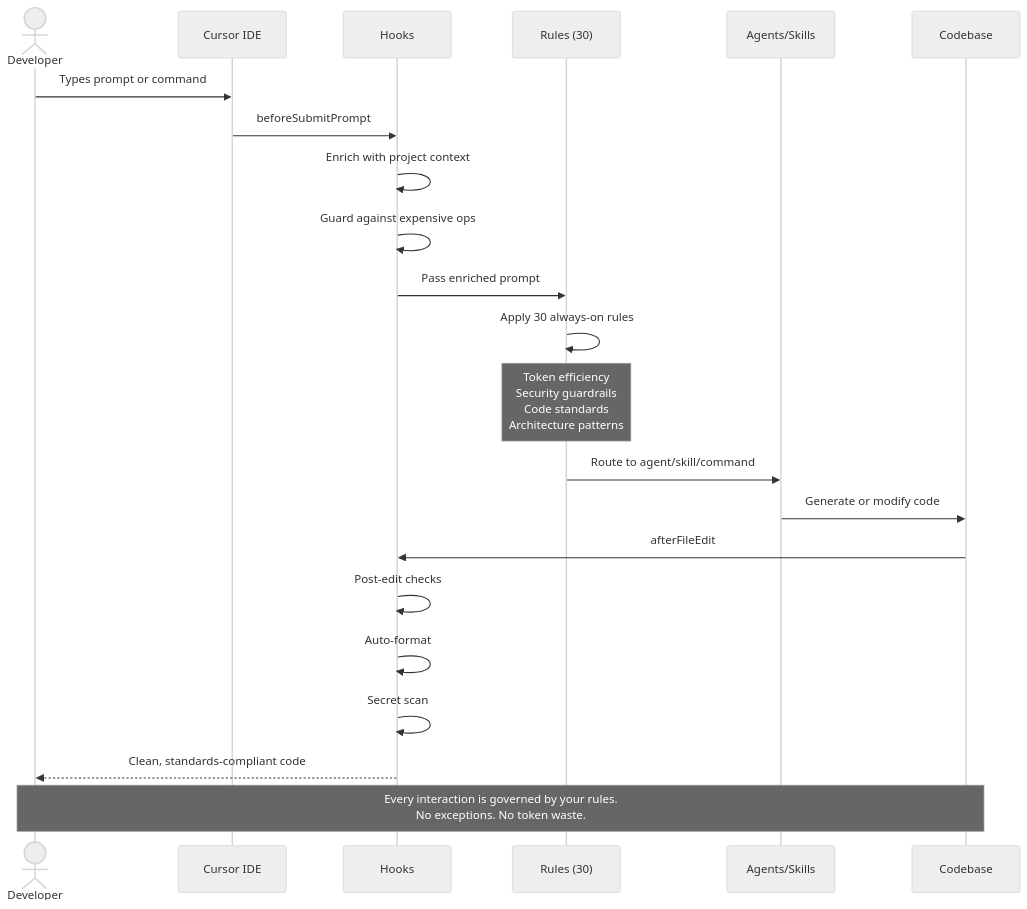
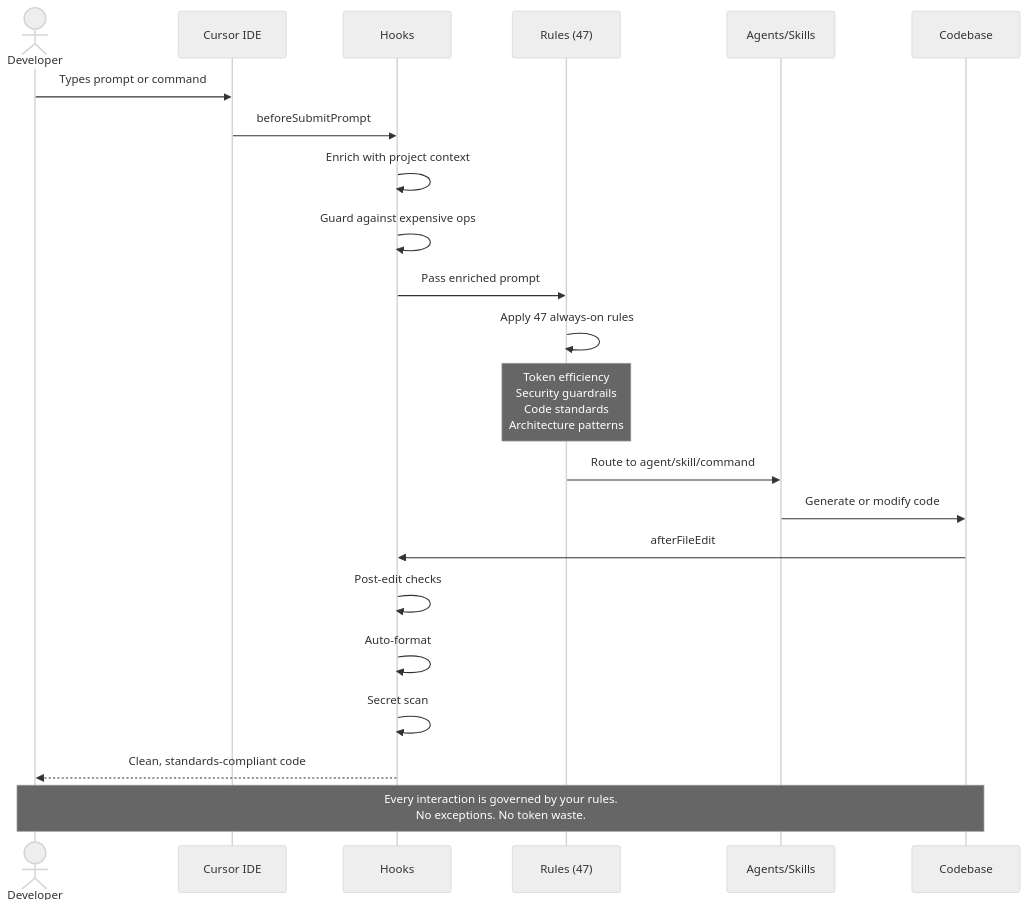
Before and after one commit to girijashankarj/cursor-handbook: the fifth of 12 diagrams in README.md, drawn with Mermaid (neutral theme). The commit also changed other lines of this file and 189 other files, not shown here.

````diff
--- a/README.md
+++ b/README.md
@@ -303,26 +391,26 @@
 ```mermaid
 sequenceDiagram
     actor Dev as Developer
     participant C as Cursor IDE
     participant H as Hooks
-    participant R as Rules (30)
+    participant R as Rules (47)
     participant A as Agents/Skills
     participant Code as Codebase
 
     Dev->>C: Types prompt or command
     C->>H: beforeSubmitPrompt
     H->>H: Enrich with project context
     H->>H: Guard against expensive ops
     H->>R: Pass enriched prompt
-    R->>R: Apply 30 always-on rules
+    R->>R: Apply 47 always-on rules
     Note over R: Token efficiency<br/>Security guardrails<br/>Code standards<br/>Architecture patterns
     R->>A: Route to agent/skill/command
     A->>Code: Generate or modify code
     Code->>H: afterFileEdit
     H->>H: Post-edit checks
     H->>H: Auto-format
     H->>H: Secret scan
     H-->>Dev: Clean, standards-compliant code
 
     Note over Dev,Code: Every interaction is governed by your rules.<br/>No exceptions. No token waste.
 ```
````
